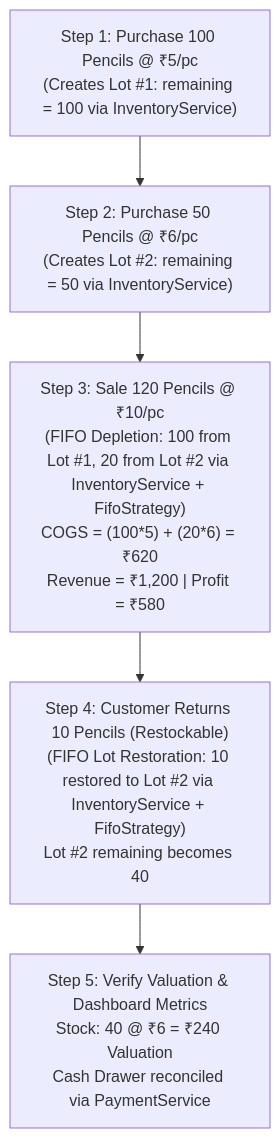
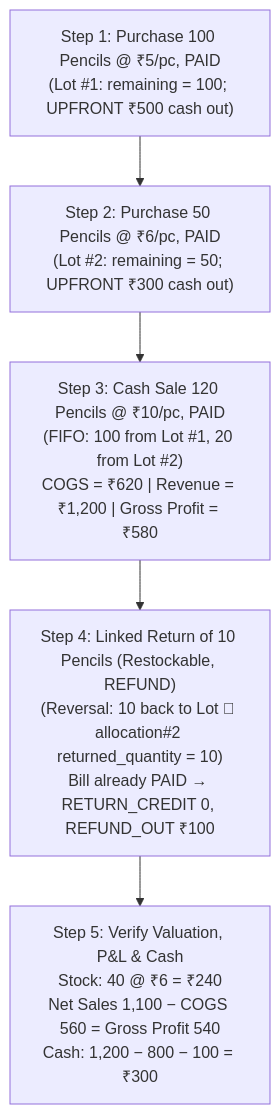
One commit to thebiz98/book_keeper changed the sixth of 6 diagrams in docs/book_keeper_LLD.md. Above: the diagram before and after it, drawn with Mermaid. The commit also changed other lines of this file and 7 other files, not shown here.

````diff
--- a/docs/book_keeper_LLD.md
+++ b/docs/book_keeper_LLD.md
@@ -1838,10 +2074,10 @@
 ```mermaid
 flowchart TD
-    Step1["Step 1: Purchase 100 Pencils @ ₹5/pc<br/>(Creates Lot #1: remaining = 100 via InventoryService)"]
-    Step2["Step 2: Purchase 50 Pencils @ ₹6/pc<br/>(Creates Lot #2: remaining = 50 via InventoryService)"]
-    Step3["Step 3: Sale 120 Pencils @ ₹10/pc<br/>(FIFO Depletion: 100 from Lot #1, 20 from Lot #2 via InventoryService + FifoStrategy)<br/>COGS = (100*5) + (20*6) = ₹620<br/>Revenue = ₹1,200 | Profit = ₹580"]
-    Step4["Step 4: Customer Returns 10 Pencils (Restockable)<br/>(FIFO Lot Restoration: 10 restored to Lot #2 via InventoryService + FifoStrategy)<br/>Lot #2 remaining becomes 40"]
-    Step5["Step 5: Verify Valuation & Dashboard Metrics<br/>Stock: 40 @ ₹6 = ₹240 Valuation<br/>Cash Drawer reconciled via PaymentService"]
+    Step1["Step 1: Purchase 100 Pencils @ ₹5/pc, PAID<br/>(Lot #1: remaining = 100; UPFRONT ₹500 cash out)"]
+    Step2["Step 2: Purchase 50 Pencils @ ₹6/pc, PAID<br/>(Lot #2: remaining = 50; UPFRONT ₹300 cash out)"]
+    Step3["Step 3: Cash Sale 120 Pencils @ ₹10/pc, PAID<br/>(FIFO: 100 from Lot #1, 20 from Lot #2)<br/>COGS = ₹620 | Revenue = ₹1,200 | Gross Profit = ₹580"]
+    Step4["Step 4: Linked Return of 10 Pencils (Restockable, REFUND)<br/>(Reversal: 10 back to Lot #2; allocation#2 returned_quantity = 10)<br/>Bill already PAID → RETURN_CREDIT 0, REFUND_OUT ₹100"]
+    Step5["Step 5: Verify Valuation, P&L & Cash<br/>Stock: 40 @ ₹6 = ₹240<br/>Net Sales 1,100 − COGS 560 = Gross Profit 540<br/>Cash: 1,200 − 800 − 100 = ₹300"]
 
     Step1 --> Step2 --> Step3 --> Step4 --> Step5
 ```
````
